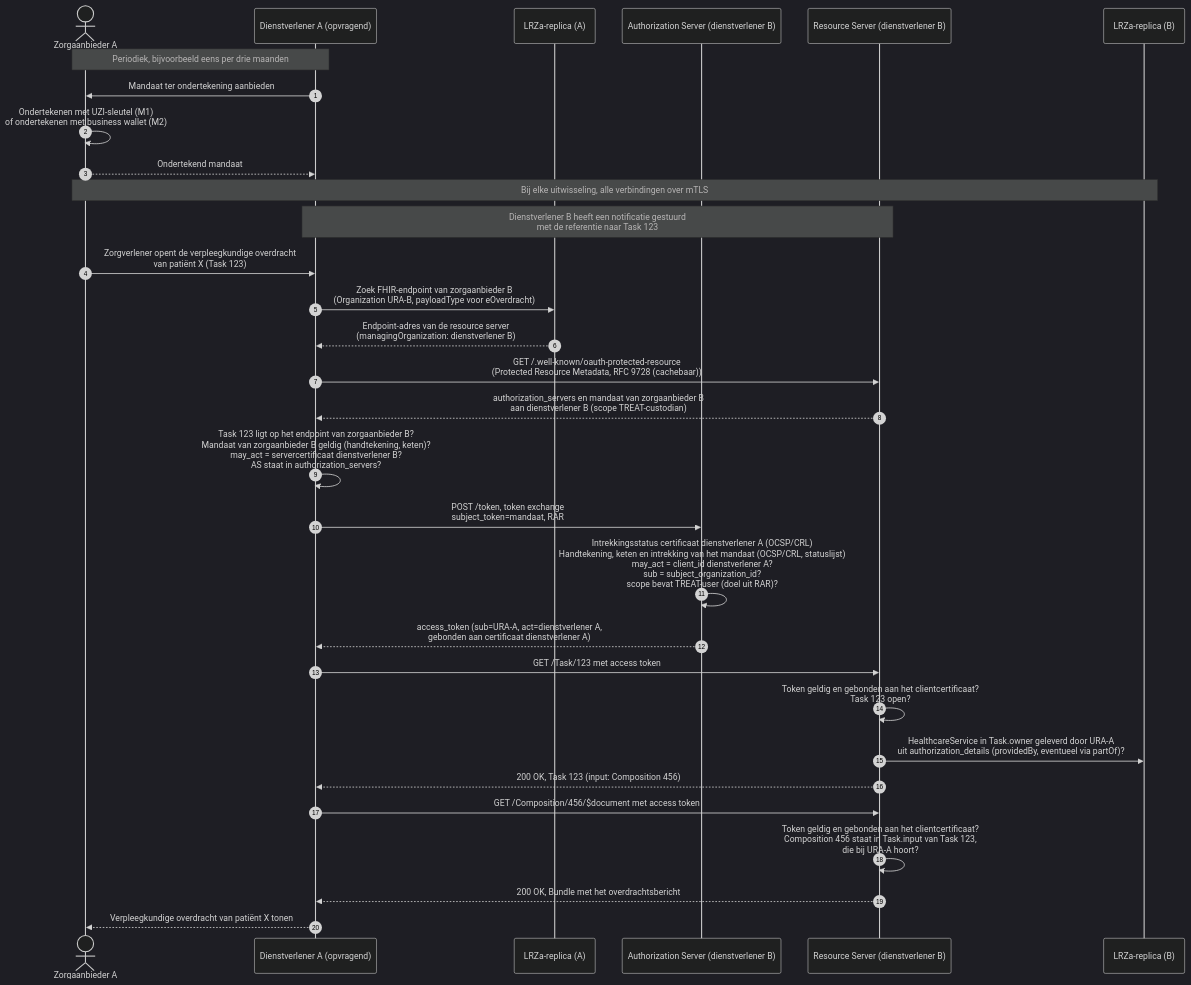
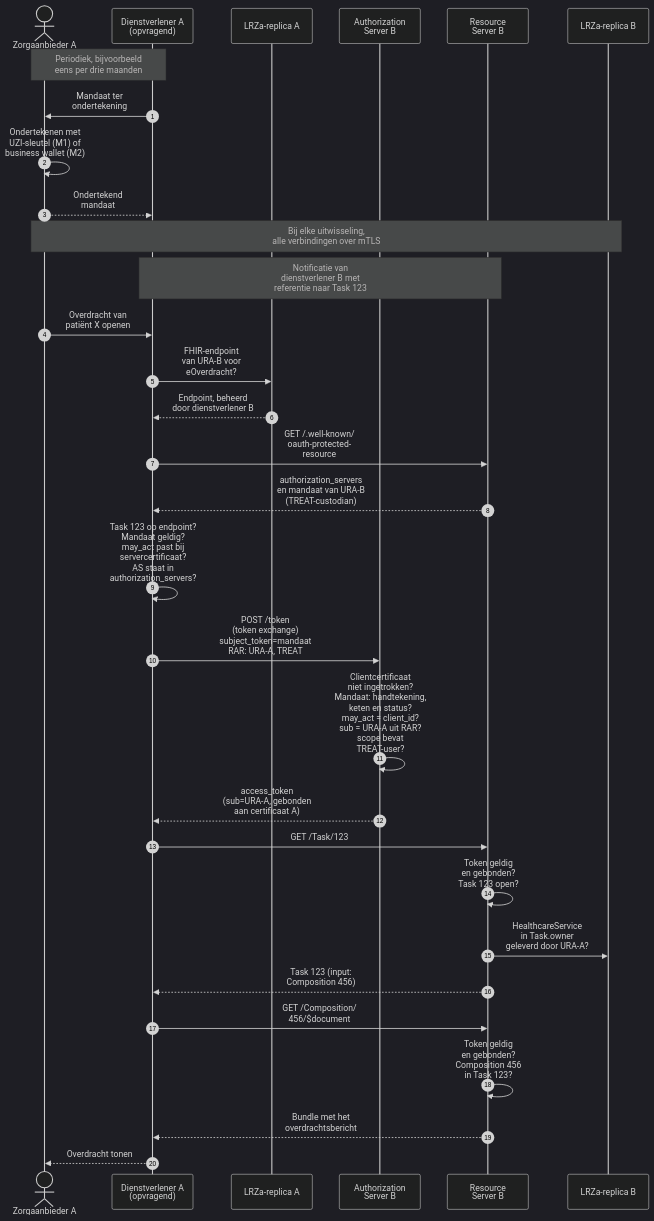
Before and after one commit to minvws/generiekefuncties-docs: the first of 2 diagrams in input/pagecontent/authenticatie-en-autorisatie-vervolg-mandaat-clientregistratie.md, drawn with Mermaid (dark theme). The commit also changed other lines of this file, not shown here.

````diff
--- a/input/pagecontent/authenticatie-en-autorisatie-vervolg-mandaat-clientregistratie.md
+++ b/input/pagecontent/authenticatie-en-autorisatie-vervolg-mandaat-clientregistratie.md
@@ -303,35 +303,35 @@
 ```mermaid
 sequenceDiagram
     autonumber
     actor ZA as Zorgaanbieder A
-    participant DA as Dienstverlener A (opvragend)
-    participant RepA as LRZa-replica (A)
-    participant AS as Authorization Server (dienstverlener B)
-    participant RS as Resource Server (dienstverlener B)
-    participant RepB as LRZa-replica (B)
+    participant DA as Dienstverlener A<br/>(opvragend)
+    participant RepA as LRZa-replica A
+    participant AS as Authorization<br/>Server B
+    participant RS as Resource<br/>Server B
+    participant RepB as LRZa-replica B
 
-    Note over ZA,DA: Periodiek, bijvoorbeeld eens per drie maanden
-    DA->>ZA: Mandaat ter ondertekening aanbieden
-    ZA->>ZA: Ondertekenen met UZI-sleutel (M1)<br/>of ondertekenen met business wallet (M2)
-    ZA-->>DA: Ondertekend mandaat
+    Note over ZA,DA: Periodiek, bijvoorbeeld<br/>eens per drie maanden
+    DA->>ZA: Mandaat ter<br/>ondertekening
+    ZA->>ZA: Ondertekenen met<br/>UZI-sleutel (M1) of<br/>business wallet (M2)
+    ZA-->>DA: Ondertekend<br/>mandaat
 
-    Note over ZA,RepB: Bij elke uitwisseling, alle verbindingen over mTLS
-    Note over DA,RS: Dienstverlener B heeft een notificatie gestuurd<br/>met de referentie naar Task 123
-    ZA->>DA: Zorgverlener opent de verpleegkundige overdracht<br/>van patiënt X (Task 123)
-    DA->>RepA: Zoek FHIR-endpoint van zorgaanbieder B<br/>(Organization URA-B, payloadType voor eOverdracht)
-    RepA-->>DA: Endpoint-adres van de resource server<br/>(managingOrganization: dienstverlener B)
-    DA->>RS: GET /.well-known/oauth-protected-resource<br/>(Protected Resource Metadata, RFC 9728 (cachebaar))
-    RS-->>DA: authorization_servers en mandaat van zorgaanbieder B<br/>aan dienstverlener B (scope TREAT-custodian)
-    DA->>DA: Task 123 ligt op het endpoint van zorgaanbieder B?<br/>Mandaat van zorgaanbieder B geldig (handtekening, keten)?<br/>may_act = servercertificaat dienstverlener B?<br/>AS staat in authorization_servers?
-    DA->>AS: POST /token, token exchange<br/>subject_token=mandaat, RAR
-    AS->>AS: Intrekkingsstatus certificaat dienstverlener A (OCSP/CRL)<br/>Handtekening, keten en intrekking van het mandaat (OCSP/CRL, statuslijst)<br/>may_act = client_id dienstverlener A?<br/>sub = subject_organization_id?<br/>scope bevat TREAT-user (doel uit RAR)?
-    AS-->>DA: access_token (sub=URA-A, act=dienstverlener A,<br/>gebonden aan certificaat dienstverlener A)
-    DA->>RS: GET /Task/123 met access token
-    RS->>RS: Token geldig en gebonden aan het clientcertificaat?<br/>Task 123 open?
-    RS->>RepB: HealthcareService in Task.owner geleverd door URA-A<br/>uit authorization_details (providedBy, eventueel via partOf)?
-    RS-->>DA: 200 OK, Task 123 (input: Composition 456)
-    DA->>RS: GET /Composition/456/$document met access token
-    RS->>RS: Token geldig en gebonden aan het clientcertificaat?<br/>Composition 456 staat in Task.input van Task 123,<br/>die bij URA-A hoort?
-    RS-->>DA: 200 OK, Bundle met het overdrachtsbericht
-    DA-->>ZA: Verpleegkundige overdracht van patiënt X tonen
+    Note over ZA,RepB: Bij elke uitwisseling,<br/>alle verbindingen over mTLS
+    Note over DA,RS: Notificatie van<br/>dienstverlener B met<br/>referentie naar Task 123
+    ZA->>DA: Overdracht van<br/>patiënt X openen
+    DA->>RepA: FHIR-endpoint<br/>van URA-B voor<br/>eOverdracht?
+    RepA-->>DA: Endpoint, beheerd<br/>door dienstverlener B
+    DA->>RS: GET /.well-known/<br/>oauth-protected-<br/>resource
+    RS-->>DA: authorization_servers<br/>en mandaat van URA-B<br/>(TREAT-custodian)
+    DA->>DA: Task 123 op endpoint?<br/>Mandaat geldig?<br/>may_act past bij<br/>servercertificaat?<br/>AS staat in<br/>authorization_servers?
+    DA->>AS: POST /token<br/>(token exchange)<br/>subject_token=mandaat<br/>RAR: URA-A, TREAT
+    AS->>AS: Clientcertificaat<br/>niet ingetrokken?<br/>Mandaat: handtekening,<br/>keten en status?<br/>may_act = client_id?<br/>sub = URA-A uit RAR?<br/>scope bevat<br/>TREAT-user?
+    AS-->>DA: access_token<br/>(sub=URA-A, gebonden<br/>aan certificaat A)
+    DA->>RS: GET /Task/123
+    RS->>RS: Token geldig<br/>en gebonden?<br/>Task 123 open?
+    RS->>RepB: HealthcareService<br/>in Task.owner<br/>geleverd door URA-A?
+    RS-->>DA: Task 123 (input:<br/>Composition 456)
+    DA->>RS: GET /Composition/<br/>456/$document
+    RS->>RS: Token geldig<br/>en gebonden?<br/>Composition 456<br/>in Task 123?
+    RS-->>DA: Bundle met het<br/>overdrachtsbericht
+    DA-->>ZA: Overdracht tonen
 ```
````
